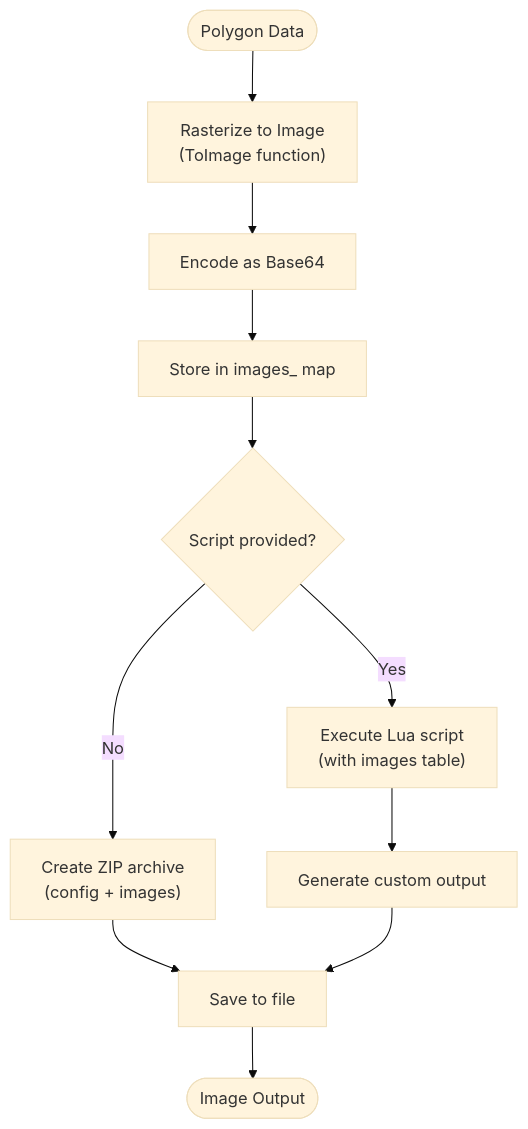
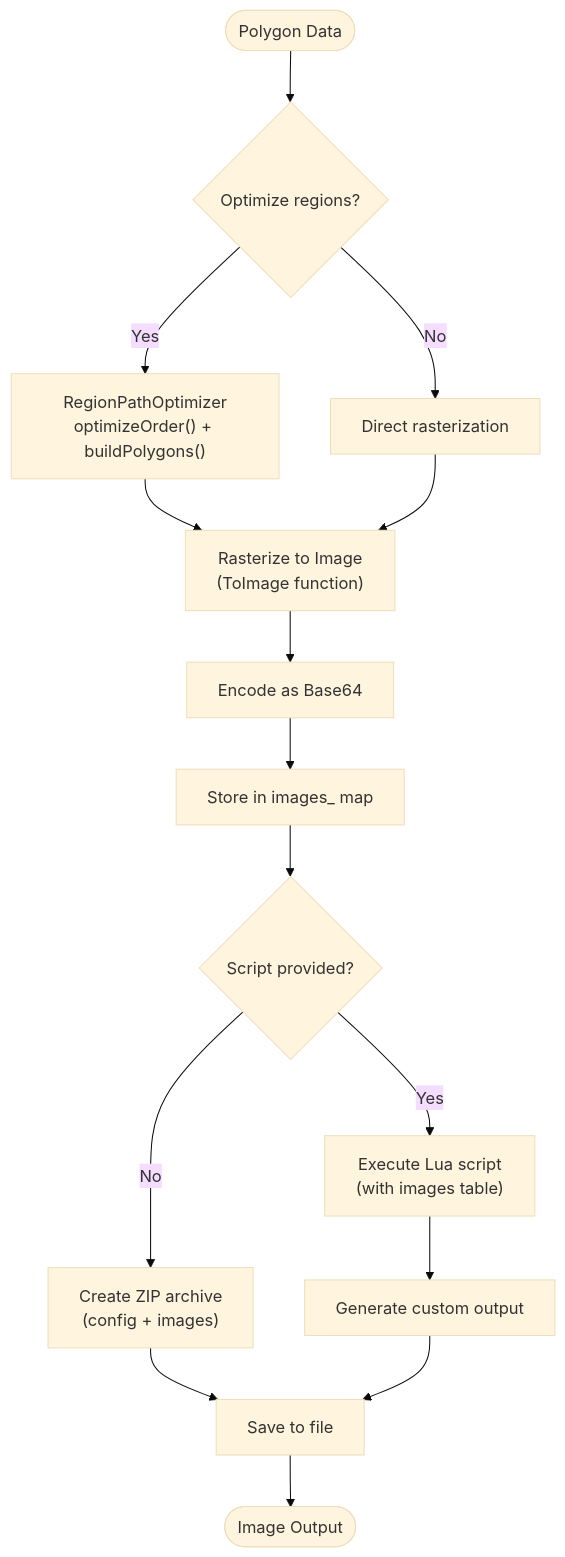
One commit to hsmbanlance/HsBaSlicer changed the fourth of 6 diagrams in .qoder/repowiki/en/content/Path Generation/Path Generation.md. Above: the diagram before and after it, drawn with Mermaid (base theme). The commit also changed other lines of this file and 11 other files, not shown here.

````diff
--- a/.qoder/repowiki/en/content/Path Generation/Path Generation.md
+++ b/.qoder/repowiki/en/content/Path Generation/Path Generation.md
@@ -118,13 +248,17 @@
 ```mermaid
 flowchart TD
-Start([Polygon Data]) --> Rasterize["Rasterize to Image<br/>(ToImage function)"]
+Start([Polygon Data]) --> Optimize{"Optimize regions?"}
+Optimize --> |Yes| RegionOpt["RegionPathOptimizer<br/>optimizeOrder() + buildPolygons()"]
+Optimize --> |No| DirectRasterize["Direct rasterization"]
+RegionOpt --> Rasterize["Rasterize to Image<br/>(ToImage function)"]
+DirectRasterize --> Rasterize
 Rasterize --> Encode["Encode as Base64"]
 Encode --> Store["Store in images_ map"]
 Store --> CheckScript{"Script provided?"}
 CheckScript --> |No| CreateZIP["Create ZIP archive<br/>(config + images)"]
 CheckScript --> |Yes| ExecuteLua["Execute Lua script<br/>(with images table)"]
 ExecuteLua --> CustomOutput["Generate custom output"]
 CreateZIP --> Output["Save to file"]
 CustomOutput --> Output
 Output --> End([Image Output])
 ```
````
